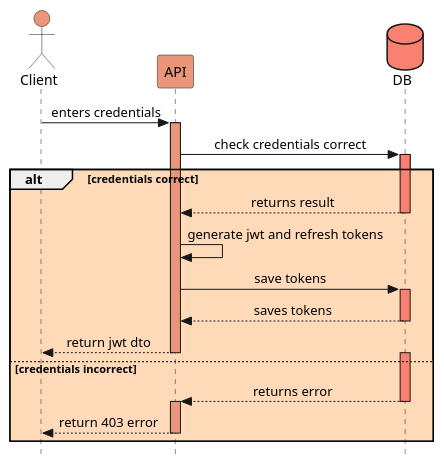
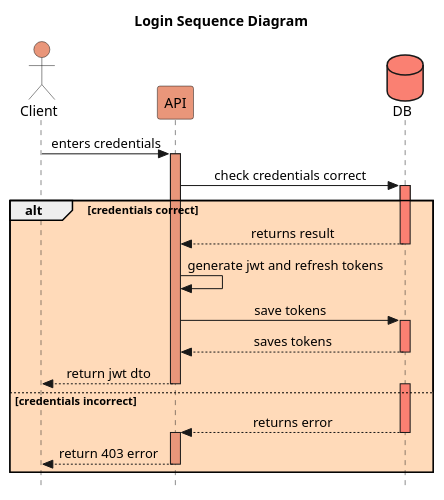
The diagram in docs/diagrams/sequence/SequenceDiagramLogIn.puml (Arquisoft/wiq_en2b), drawn with PlantUML before and after one commit. The commit also changed 1 other file, not shown here.

Commit message:
docs: diagram titles

```diff
--- a/docs/diagrams/sequence/SequenceDiagramLogIn.puml
+++ b/docs/diagrams/sequence/SequenceDiagramLogIn.puml
@@ -1,33 +1,33 @@
 @startuml login
-
+title Login Sequence Diagram
 actor Client #darksalmon
 participant API #darksalmon
 database DB #salmon
 skinparam Style strictuml
 skinparam SequenceMessageAlignment center
 
 Client -> API : enters credentials
 activate API #darksalmon
 API -> DB    : check credentials correct
 alt #PeachPuff credentials correct
     activate DB #salmon
     DB --> API     : returns result
     deactivate DB
     API -> API : generate jwt and refresh tokens
     API -> DB    : save tokens
     activate DB #salmon
     DB --> API     : saves tokens
     deactivate DB
     API --> Client : return jwt dto
     deactivate API
 else credentials incorrect
     activate DB #salmon
     DB --> API     : returns error
     deactivate DB
     activate API #darksalmon
     API --> Client : return 403 error
     deactivate API
 end
 
 
 @enduml
```
